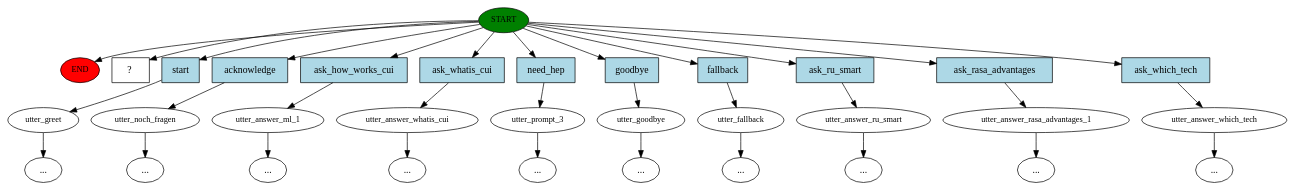
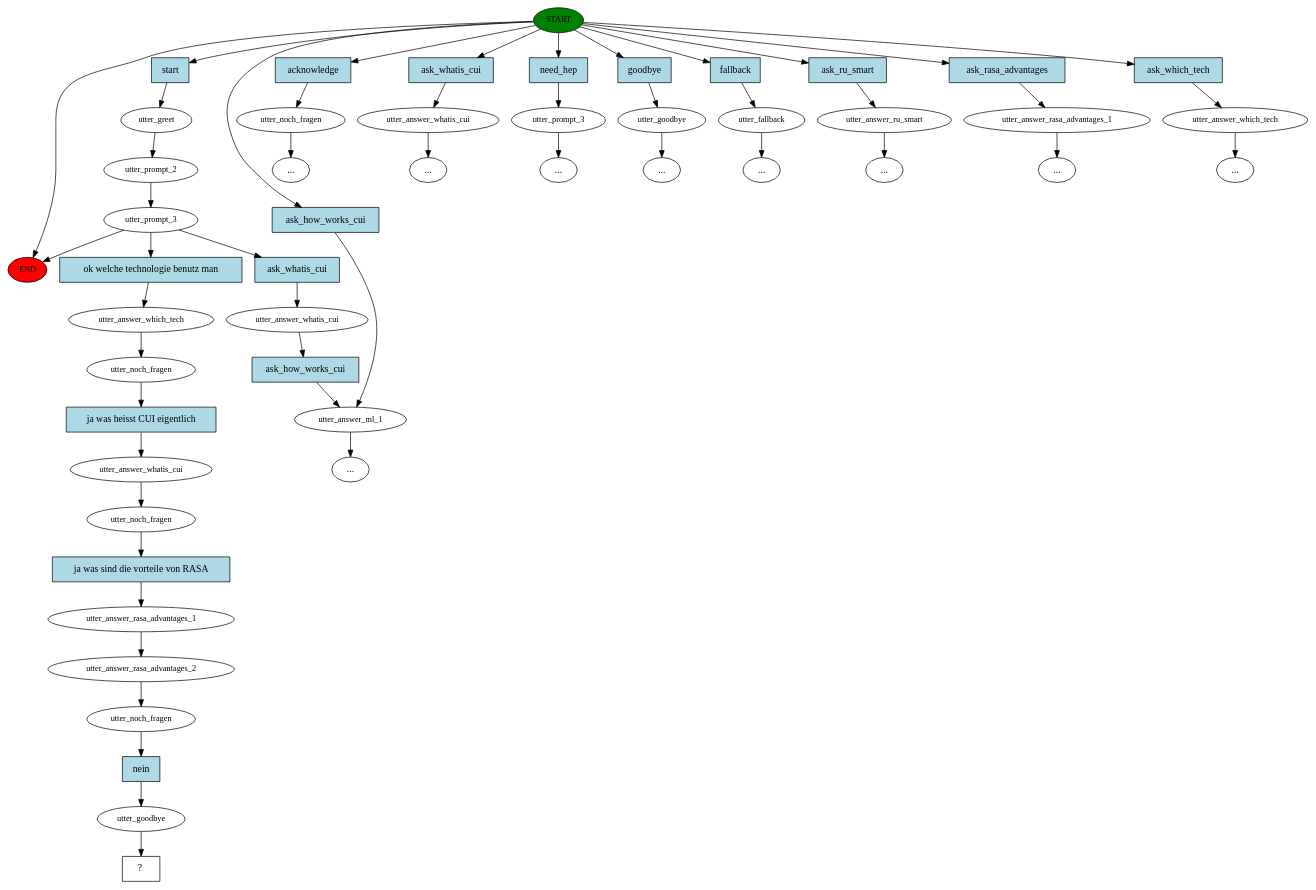
The diagram in bot_engine/story_graph.dot (jloutz/msgbot_backend), drawn with Graphviz before and after one commit. The commit also changed 8 other files, not shown here.

```diff
--- a/bot_engine/story_graph.dot
+++ b/bot_engine/story_graph.dot
@@ -1,67 +1,101 @@
 digraph  {
 0 [label=START, fillcolor=green, style=filled, fontsize=12, class="start active"];
 "-1" [label=END, fillcolor=red, style=filled, fontsize=12, class=end];
-1 [label=utter_greet, fontsize=12, class=""];
-2 [label=utter_noch_fragen, fontsize=12, class=""];
-"-4" [label="...", class=ellipsis];
-3 [label=utter_answer_ml_1, fontsize=12, class=""];
-4 [label=utter_answer_whatis_cui, fontsize=12, class=""];
+1 [label=utter_greet, fontsize=12, class=active];
+2 [label=utter_prompt_2, fontsize=12, class=active];
+3 [label=utter_prompt_3, fontsize=12, class=active];
+4 [label=utter_noch_fragen, fontsize=12, class=""];
+"-3" [label="...", class=ellipsis];
+5 [label=utter_answer_ml_1, fontsize=12, class=""];
+6 [label=utter_answer_whatis_cui, fontsize=12, class=""];
+"-5" [label="...", class=ellipsis];
+7 [label=utter_prompt_3, fontsize=12, class=""];
 "-6" [label="...", class=ellipsis];
-5 [label=utter_prompt_3, fontsize=12, class=""];
+8 [label=utter_goodbye, fontsize=12, class=""];
 "-7" [label="...", class=ellipsis];
-6 [label=utter_goodbye, fontsize=12, class=""];
-"-8" [label="...", class=ellipsis];
-7 [label=utter_fallback, fontsize=12, class=""];
-8 [label=utter_answer_ru_smart, fontsize=12, class=""];
-"-10" [label="...", class=ellipsis];
+9 [label=utter_fallback, fontsize=12, class=""];
+10 [label=utter_answer_ru_smart, fontsize=12, class=""];
+"-9" [label="...", class=ellipsis];
+12 [label=utter_answer_rasa_advantages_1, fontsize=12, class=""];
 "-11" [label="...", class=ellipsis];
-10 [label=utter_answer_rasa_advantages_1, fontsize=12, class=""];
+13 [label=utter_answer_which_tech, fontsize=12, class=""];
 "-12" [label="...", class=ellipsis];
-11 [label=utter_answer_which_tech, fontsize=12, class=""];
-"-13" [label="...", class=ellipsis];
+18 [label=utter_answer_whatis_cui, fontsize=12, class=""];
+"-14" [label="...", class=ellipsis];
 "-15" [label="...", class=ellipsis];
-"-16" [label="...", class=ellipsis];
-15 [label="  ?  ", shape=rect, class="intent dashed active"];
-16 [label=start, shape=rect, style=filled, fillcolor=lightblue, class=intent];
-17 [label=acknowledge, shape=rect, style=filled, fillcolor=lightblue, class=intent];
-18 [label=ask_how_works_cui, shape=rect, style=filled, fillcolor=lightblue, class=intent];
-19 [label=ask_whatis_cui, shape=rect, style=filled, fillcolor=lightblue, class=intent];
-20 [label=need_hep, shape=rect, style=filled, fillcolor=lightblue, class=intent];
-21 [label=goodbye, shape=rect, style=filled, fillcolor=lightblue, class=intent];
-22 [label=fallback, shape=rect, style=filled, fillcolor=lightblue, class=intent];
-23 [label=ask_ru_smart, shape=rect, style=filled, fillcolor=lightblue, class=intent];
-24 [label=ask_rasa_advantages, shape=rect, style=filled, fillcolor=lightblue, class=intent];
-25 [label=ask_which_tech, shape=rect, style=filled, fillcolor=lightblue, class=intent];
+24 [label=utter_answer_which_tech, fontsize=12, class=active];
+25 [label=utter_noch_fragen, fontsize=12, class=active];
+26 [label=utter_answer_whatis_cui, fontsize=12, class=active];
+27 [label=utter_noch_fragen, fontsize=12, class=active];
+28 [label=utter_answer_rasa_advantages_1, fontsize=12, class=active];
+29 [label=utter_answer_rasa_advantages_2, fontsize=12, class=active];
+30 [label=utter_noch_fragen, fontsize=12, class=active];
+31 [label=utter_goodbye, fontsize=12, class=active];
+32 [label="  ?  ", shape=rect, class="intent dashed active"];
+33 [label=start, shape=rect, style=filled, fillcolor=lightblue, class="intent active"];
+34 [label=acknowledge, shape=rect, style=filled, fillcolor=lightblue, class=intent];
+35 [label=ask_how_works_cui, shape=rect, style=filled, fillcolor=lightblue, class=intent];
+36 [label=ask_whatis_cui, shape=rect, style=filled, fillcolor=lightblue, class=intent];
+37 [label=need_hep, shape=rect, style=filled, fillcolor=lightblue, class=intent];
+38 [label=goodbye, shape=rect, style=filled, fillcolor=lightblue, class=intent];
+39 [label=fallback, shape=rect, style=filled, fillcolor=lightblue, class=intent];
+40 [label=ask_ru_smart, shape=rect, style=filled, fillcolor=lightblue, class=intent];
+41 [label=ask_rasa_advantages, shape=rect, style=filled, fillcolor=lightblue, class=intent];
+42 [label=ask_which_tech, shape=rect, style=filled, fillcolor=lightblue, class=intent];
+43 [label=ask_whatis_cui, shape=rect, style=filled, fillcolor=lightblue, class=intent];
+44 [label="ok welche technologie benutz man", shape=rect, style=filled, fillcolor=lightblue, class="intent active"];
+45 [label=ask_how_works_cui, shape=rect, style=filled, fillcolor=lightblue, class=intent];
+46 [label="ja was heisst CUI eigentlich", shape=rect, style=filled, fillcolor=lightblue, class="intent active"];
+47 [label="ja was sind die vorteile von RASA", shape=rect, style=filled, fillcolor=lightblue, class="intent active"];
+48 [label="nein ", shape=rect, style=filled, fillcolor=lightblue, class="intent active"];
 0 -> "-1"  [key=NONE, label="", class=""];
-0 -> 15  [key=NONE, label="", class=active];
-0 -> 16  [key=0, class=""];
-0 -> 17  [key=0, class=""];
-0 -> 18  [key=0, class=""];
-0 -> 19  [key=0, class=""];
-0 -> 20  [key=0, class=""];
-0 -> 21  [key=0, class=""];
-0 -> 22  [key=0, class=""];
-0 -> 23  [key=0, class=""];
-0 -> 24  [key=0, class=""];
-0 -> 25  [key=0, class=""];
-1 -> "-15"  [key=NONE, label="", class=""];
-2 -> "-4"  [key=NONE, label="", class=""];
-3 -> "-11"  [key=NONE, label="", class=""];
-4 -> "-6"  [key=NONE, label="", class=""];
-5 -> "-7"  [key=NONE, label="", class=""];
-6 -> "-8"  [key=NONE, label="", class=""];
-7 -> "-16"  [key=NONE, label="", class=""];
-8 -> "-10"  [key=NONE, label="", class=""];
-10 -> "-12"  [key=NONE, label="", class=""];
-11 -> "-13"  [key=NONE, label="", class=""];
-16 -> 1  [key=0, class=""];
-17 -> 2  [key=0, class=""];
-18 -> 3  [key=0, class=""];
-19 -> 4  [key=0, class=""];
-20 -> 5  [key=0, class=""];
-21 -> 6  [key=0, class=""];
-22 -> 7  [key=0, class=""];
-23 -> 8  [key=0, class=""];
-24 -> 10  [key=0, class=""];
-25 -> 11  [key=0, class=""];
+0 -> 33  [key=0, class=active];
+0 -> 34  [key=0, class=""];
+0 -> 35  [key=0, class=""];
+0 -> 36  [key=0, class=""];
+0 -> 37  [key=0, class=""];
+0 -> 38  [key=0, class=""];
+0 -> 39  [key=0, class=""];
+0 -> 40  [key=0, class=""];
+0 -> 41  [key=0, class=""];
+0 -> 42  [key=0, class=""];
+1 -> 2  [key=NONE, label="", class=active];
+2 -> 3  [key=NONE, label="", class=active];
+3 -> "-1"  [key=NONE, label="", class=""];
+3 -> 43  [key=0, class=""];
+3 -> 44  [key=0, class=active];
+4 -> "-3"  [key=NONE, label="", class=""];
+5 -> "-14"  [key=NONE, label="", class=""];
+6 -> "-5"  [key=NONE, label="", class=""];
+7 -> "-6"  [key=NONE, label="", class=""];
+8 -> "-7"  [key=NONE, label="", class=""];
+9 -> "-15"  [key=NONE, label="", class=""];
+10 -> "-9"  [key=NONE, label="", class=""];
+12 -> "-11"  [key=NONE, label="", class=""];
+13 -> "-12"  [key=NONE, label="", class=""];
+18 -> 45  [key=0, class=""];
+24 -> 25  [key=NONE, label="", class=active];
+25 -> 46  [key=0, class=active];
+26 -> 27  [key=NONE, label="", class=active];
+27 -> 47  [key=0, class=active];
+28 -> 29  [key=NONE, label="", class=active];
+29 -> 30  [key=NONE, label="", class=active];
+30 -> 48  [key=0, class=active];
+31 -> 32  [key=NONE, label="", class=active];
+33 -> 1  [key=0, class=active];
+34 -> 4  [key=0, class=""];
+35 -> 5  [key=0, class=""];
+36 -> 6  [key=0, class=""];
+37 -> 7  [key=0, class=""];
+38 -> 8  [key=0, class=""];
+39 -> 9  [key=0, class=""];
+40 -> 10  [key=0, class=""];
+41 -> 12  [key=0, class=""];
+42 -> 13  [key=0, class=""];
+43 -> 18  [key=0, class=""];
+44 -> 24  [key=0, class=active];
+45 -> 5  [key=0, class=""];
+46 -> 26  [key=0, class=active];
+47 -> 28  [key=0, class=active];
+48 -> 31  [key=0, class=active];
 }
```
